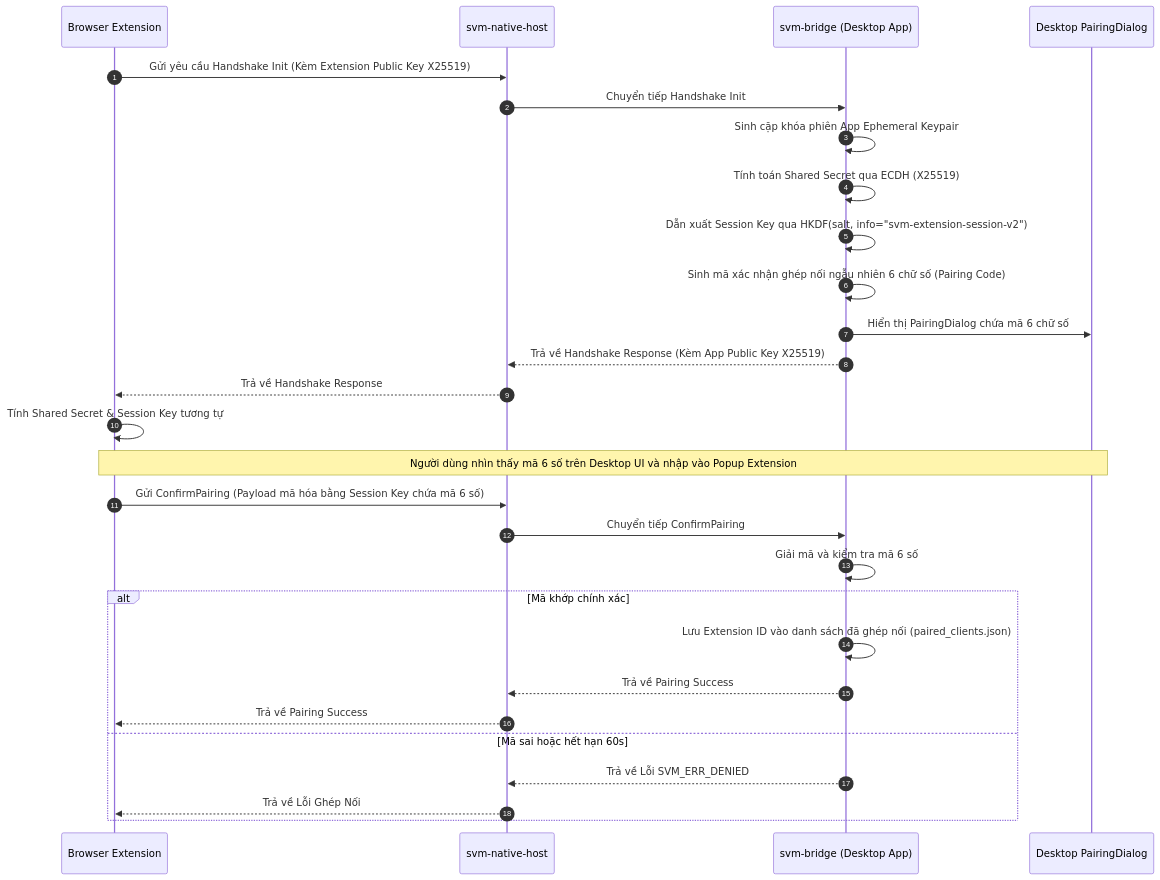
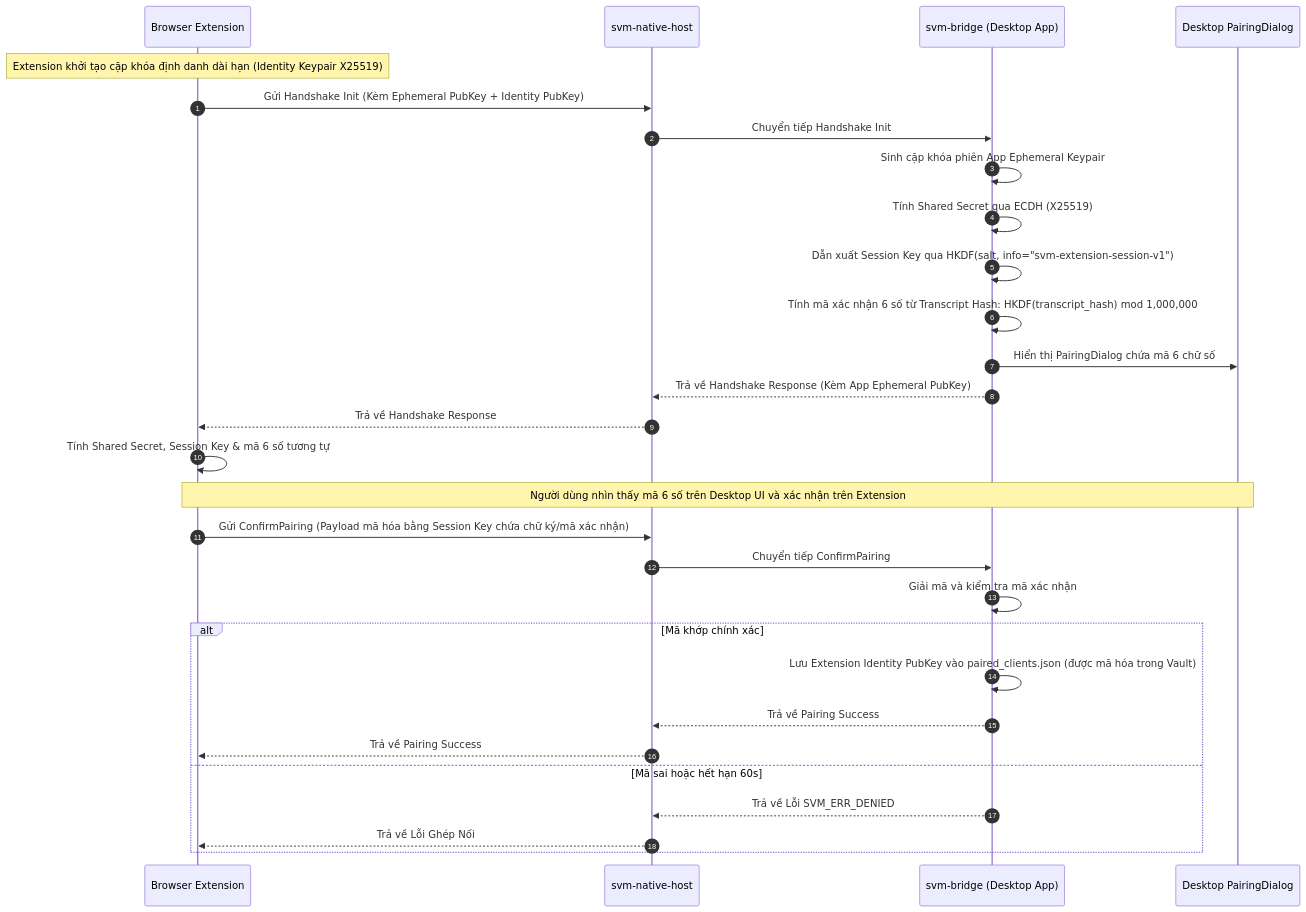
The diagram in docs/06. Extension Bridge Protocol.md (hephaestus-developers/secure-vault-manager), drawn with Mermaid before and after one commit. The commit also changed other lines of this file and 10 other files, not shown here.

Commit message:
docs: standardize 9-category schema, passkey isolation, and technical specs across all documentation

````diff
--- a/docs/06. Extension Bridge Protocol.md
+++ b/docs/06. Extension Bridge Protocol.md
@@ -48,31 +48,32 @@
 ```mermaid
 sequenceDiagram
     autonumber
     participant Ext as Browser Extension
     participant Host as svm-native-host
     participant App as svm-bridge (Desktop App)
     participant UI as Desktop PairingDialog
 
-    Ext->>Host: Gửi yêu cầu Handshake Init (Kèm Extension Public Key X25519)
+    Note over Ext: Extension khởi tạo cặp khóa định danh dài hạn (Identity Keypair X25519)
+    Ext->>Host: Gửi Handshake Init (Kèm Ephemeral PubKey + Identity PubKey)
     Host->>App: Chuyển tiếp Handshake Init
     App->>App: Sinh cặp khóa phiên App Ephemeral Keypair
-    App->>App: Tính toán Shared Secret qua ECDH (X25519)
-    App->>App: Dẫn xuất Session Key qua HKDF(salt, info="svm-extension-session-v2")
-    App->>App: Sinh mã xác nhận ghép nối ngẫu nhiên 6 chữ số (Pairing Code)
+    App->>App: Tính Shared Secret qua ECDH (X25519)
+    App->>App: Dẫn xuất Session Key qua HKDF(salt, info="svm-extension-session-v1")
+    App->>App: Tính mã xác nhận 6 số từ Transcript Hash: HKDF(transcript_hash) mod 1,000,000
     App->>UI: Hiển thị PairingDialog chứa mã 6 chữ số
-    App-->>Host: Trả về Handshake Response (Kèm App Public Key X25519)
+    App-->>Host: Trả về Handshake Response (Kèm App Ephemeral PubKey)
     Host-->>Ext: Trả về Handshake Response
-    Ext->>Ext: Tính Shared Secret & Session Key tương tự
-    Note over Ext,UI: Người dùng nhìn thấy mã 6 số trên Desktop UI và nhập vào Popup Extension
-    Ext->>Host: Gửi ConfirmPairing (Payload mã hóa bằng Session Key chứa mã 6 số)
+    Ext->>Ext: Tính Shared Secret, Session Key & mã 6 số tương tự
+    Note over Ext,UI: Người dùng nhìn thấy mã 6 số trên Desktop UI và xác nhận trên Extension
+    Ext->>Host: Gửi ConfirmPairing (Payload mã hóa bằng Session Key chứa chữ ký/mã xác nhận)
     Host->>App: Chuyển tiếp ConfirmPairing
-    App->>App: Giải mã và kiểm tra mã 6 số
+    App->>App: Giải mã và kiểm tra mã xác nhận
     alt Mã khớp chính xác
-        App->>App: Lưu Extension ID vào danh sách đã ghép nối (paired_clients.json)
+        App->>App: Lưu Extension Identity PubKey vào paired_clients.json (được mã hóa trong Vault)
         App-->>Host: Trả về Pairing Success
         Host-->>Ext: Trả về Pairing Success
     else Mã sai hoặc hết hạn 60s
         App-->>Host: Trả về Lỗi SVM_ERR_DENIED
         Host-->>Ext: Trả về Lỗi Ghép Nối
     end
 ```
````
